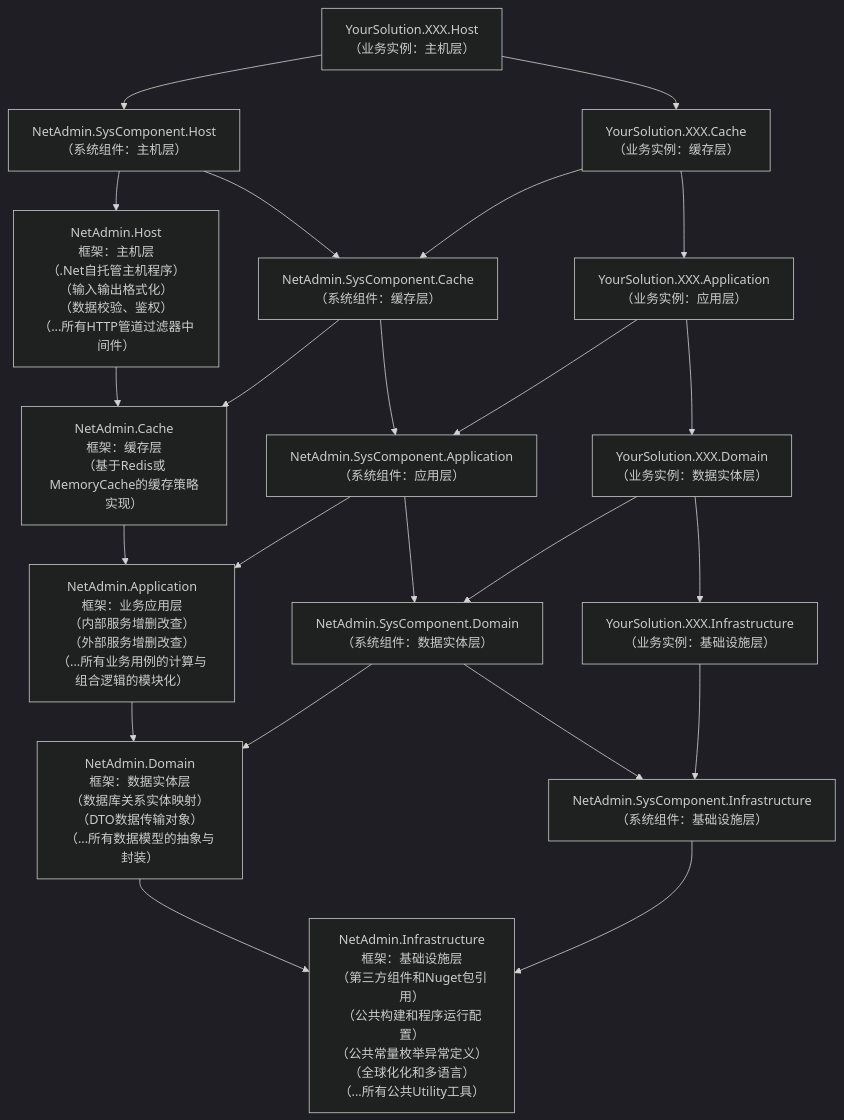
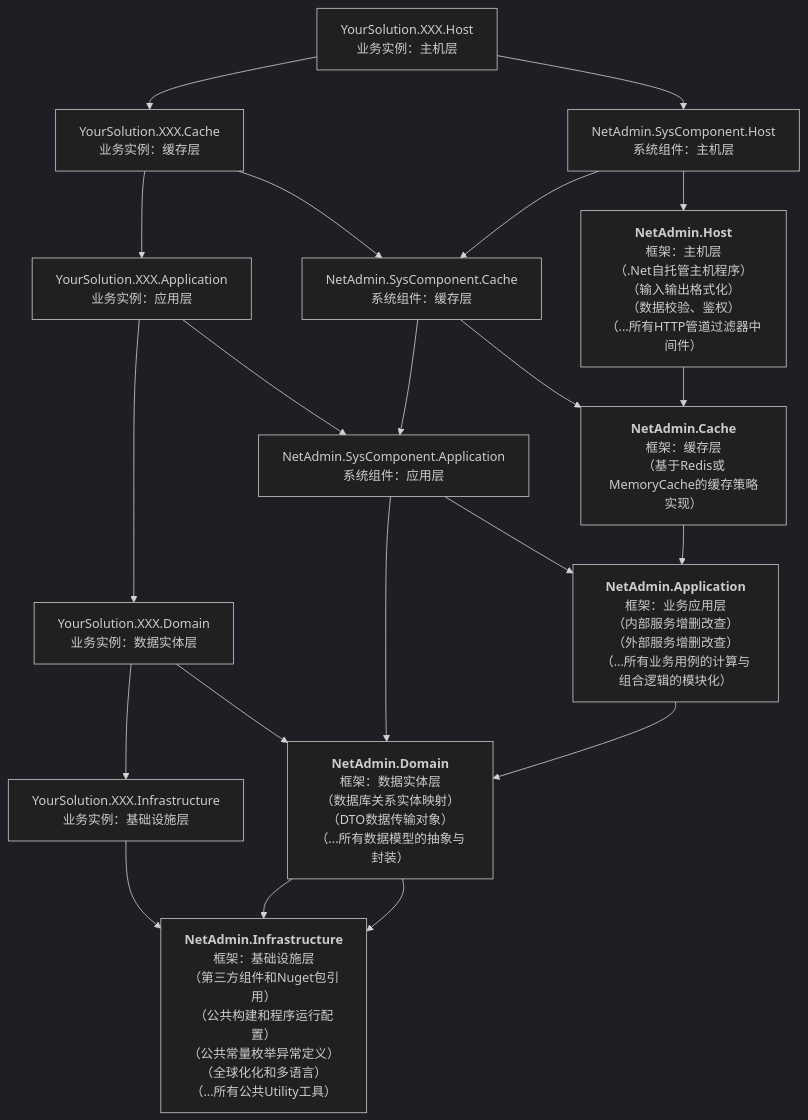
Before and after one commit to nsnail/NetAdmin: the diagram in README.md, drawn with Mermaid (dark theme). The commit also changed 494 other files, not shown here.

````diff
--- a/README.md
+++ b/README.md
@@ -71,26 +71,24 @@
 ```mermaid
 flowchart TD
-sys-host["NetAdmin.SysComponent.Host\n（系统组件：主机层）"]
-sys-cache["NetAdmin.SysComponent.Cache\n（系统组件：缓存层）"]
-sys-app["NetAdmin.SysComponent.Application\n（系统组件：应用层）"]
-sys-domain["NetAdmin.SysComponent.Domain\n（系统组件：数据实体层）"]
-sys-infra["NetAdmin.SysComponent.Infrastructure\n（系统组件：基础设施层）"]
-host["NetAdmin.Host\n框架：主机层\n（.Net自托管主机程序）\n（输入输出格式化）\n（数据校验、鉴权）\n（...所有HTTP管道过滤器中间件）"]
-cache["NetAdmin.Cache\n框架：缓存层\n（基于Redis或MemoryCache的缓存策略实现）"]
-app["NetAdmin.Application\n框架：业务应用层\n（内部服务增删改查）\n（外部服务增删改查）\n（...所有业务用例的计算与组合逻辑的模块化）"]
-domain["NetAdmin.Domain\n框架：数据实体层\n（数据库关系实体映射）\n（DTO数据传输对象）\n（...所有数据模型的抽象与封装）"]
-infra["NetAdmin.Infrastructure\n框架：基础设施层\n（第三方组件和Nuget包引用）\n（公共构建和程序运行配置）\n（公共常量枚举异常定义）\n（全球化化和多语言）\n（...所有公共Utility工具）"]
-biz-host["YourSolution.XXX.Host\n（业务实例：主机层）"]
-biz-cache["YourSolution.XXX.Cache\n（业务实例：缓存层）"]
-biz-app["YourSolution.XXX.Application\n（业务实例：应用层）"]
-biz-domain["YourSolution.XXX.Domain\n（业务实例：数据实体层）"]
-biz-infra["YourSolution.XXX.Infrastructure\n（业务实例：基础设施层）"]
+sys-host["NetAdmin.SysComponent.Host\n系统组件：主机层"]
+sys-cache["NetAdmin.SysComponent.Cache\n系统组件：缓存层"]
+sys-app["NetAdmin.SysComponent.Application\n系统组件：应用层"]
+host["<b>NetAdmin.Host</b>\n框架：主机层\n（.Net自托管主机程序）\n（输入输出格式化）\n（数据校验、鉴权）\n（...所有HTTP管道过滤器中间件）"]
+cache["<b>NetAdmin.Cache</b>\n框架：缓存层\n（基于Redis或MemoryCache的缓存策略实现）"]
+app["<b>NetAdmin.Application</b>\n框架：业务应用层\n（内部服务增删改查）\n（外部服务增删改查）\n（...所有业务用例的计算与组合逻辑的模块化）"]
+domain["<b>NetAdmin.Domain</b>\n框架：数据实体层\n（数据库关系实体映射）\n（DTO数据传输对象）\n（...所有数据模型的抽象与封装）"]
+infra["<b>NetAdmin.Infrastructure</b>\n框架：基础设施层\n（第三方组件和Nuget包引用）\n（公共构建和程序运行配置）\n（公共常量枚举异常定义）\n（全球化化和多语言）\n（...所有公共Utility工具）"]
+biz-host["YourSolution.XXX.Host\n业务实例：主机层"]
+biz-cache["YourSolution.XXX.Cache\n业务实例：缓存层"]
+biz-app["YourSolution.XXX.Application\n业务实例：应用层"]
+biz-domain["YourSolution.XXX.Domain\n业务实例：数据实体层"]
+biz-infra["YourSolution.XXX.Infrastructure\n业务实例：基础设施层"]
 biz-host-->biz-cache-->biz-app-->biz-domain-->biz-infra
-sys-host-->sys-cache-->sys-app-->sys-domain-->sys-infra
+sys-host-->sys-cache-->sys-app-->domain-->infra
 host-->cache-->app-->domain-->infra
 biz-host-->sys-host-->host
 biz-cache-->sys-cache-->cache
 biz-app-->sys-app-->app
-biz-domain-->sys-domain-->domain
-biz-infra-->sys-infra-->infra
+biz-domain-->domain
+biz-infra-->infra
 ```
````
